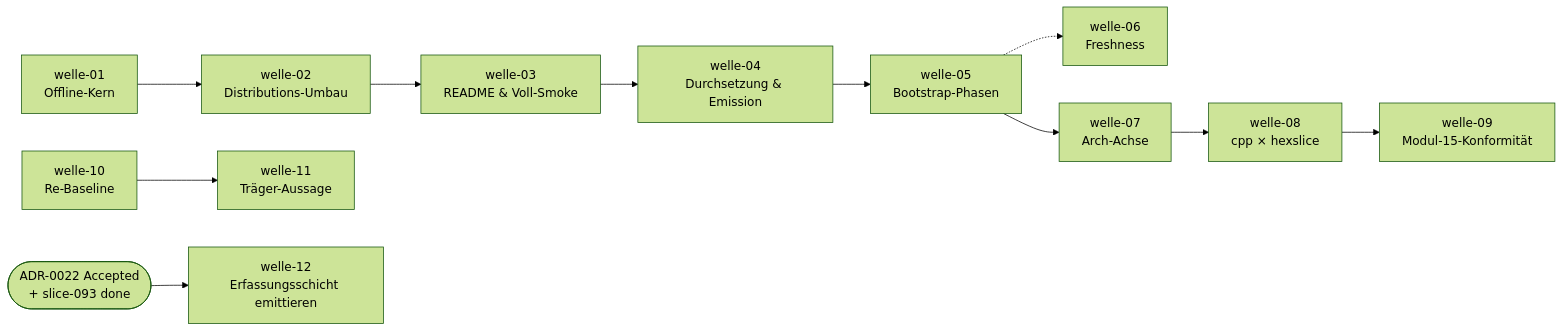
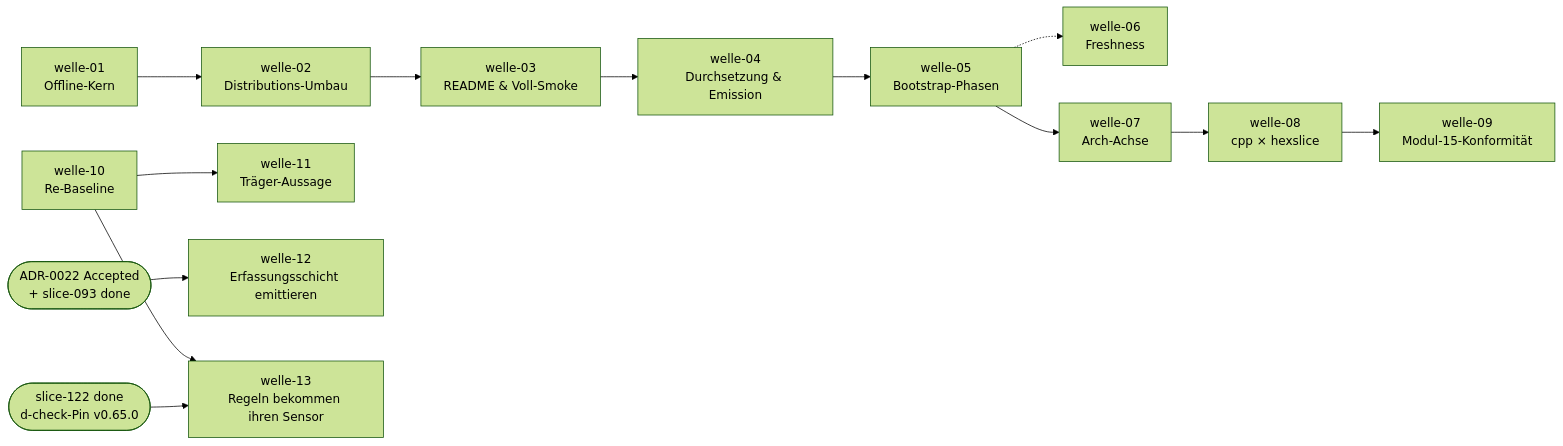
Before and after one commit to pt9912/ai-harness-init: the diagram in docs/plan/planning/in-progress/roadmap.md, drawn with Mermaid (forest theme). The commit also changed other lines of this file and 8 other files, not shown here.

````diff
--- a/docs/plan/planning/in-progress/roadmap.md
+++ b/docs/plan/planning/in-progress/roadmap.md
@@ -129,21 +140,24 @@
 ```mermaid
 flowchart LR
     W1[welle-01<br/>Offline-Kern]
     W2[welle-02<br/>Distributions-Umbau]
     W3[welle-03<br/>README & Voll-Smoke]
     W4[welle-04<br/>Durchsetzung & Emission]
     W5[welle-05<br/>Bootstrap-Phasen]
     W6[welle-06<br/>Freshness]
     W7[welle-07<br/>Arch-Achse]
     W8[welle-08<br/>cpp × hexslice]
     W9[welle-09<br/>Modul-15-Konformität]
     W10[welle-10<br/>Re-Baseline]
     W11[welle-11<br/>Träger-Aussage]
     W12[welle-12<br/>Erfassungsschicht emittieren]
+    W13[welle-13<br/>Regeln bekommen ihren Sensor]
     W1 --> W2 --> W3 --> W4 --> W5
     W5 -.-> W6
     W5 --> W7 --> W8
     W8 --> W9
     W10 --> W11
+    W10 --> W13
+    S122([slice-122 done<br/>d-check-Pin v0.65.0]) --> W13
     A0022([ADR-0022 Accepted<br/>+ slice-093 done]) --> W12
 ```
````
